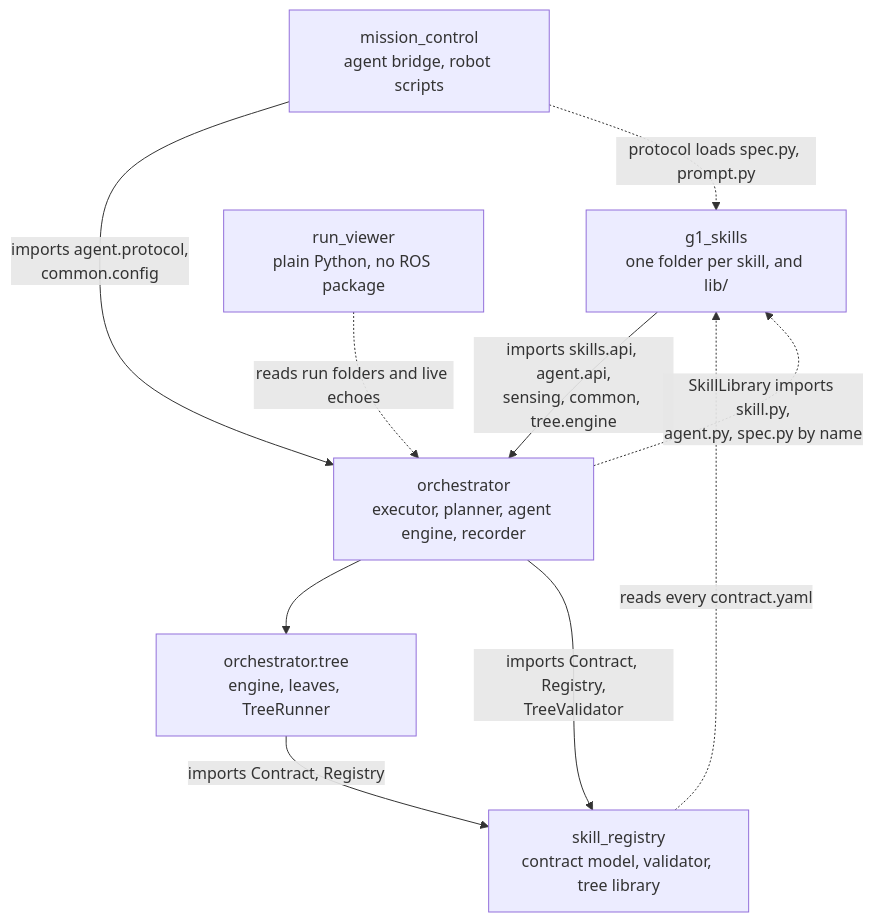
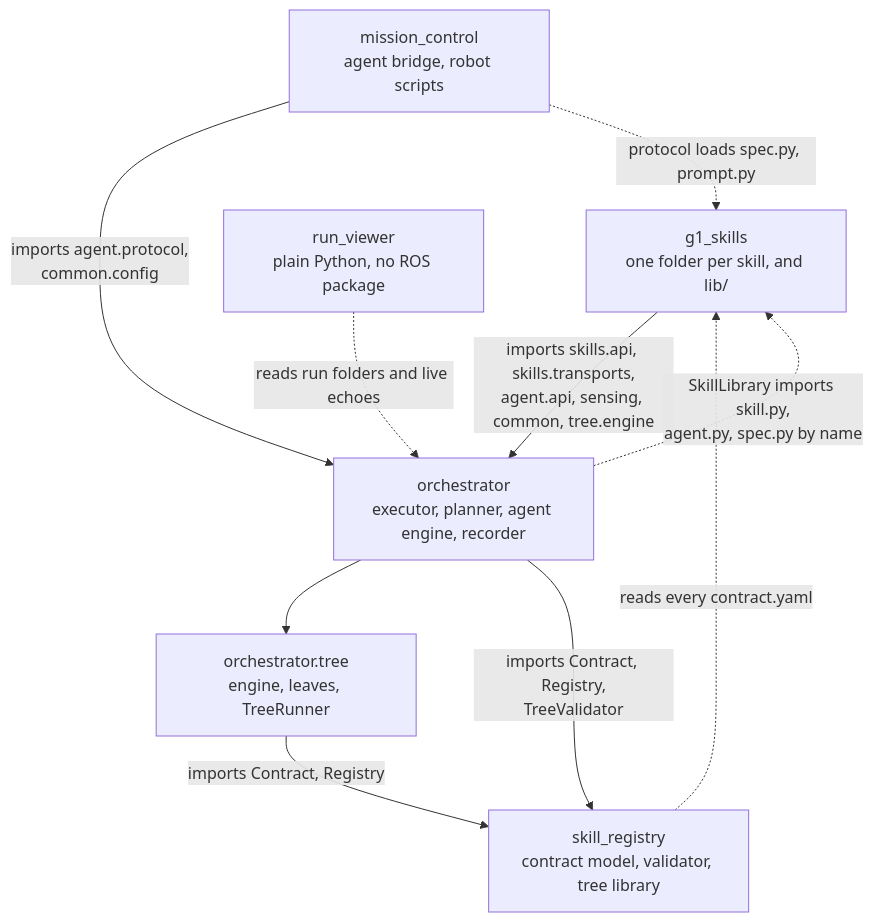
One commit to EigenVectorRobotics/orchestrator changed the second of 4 diagrams in docs/design/system.md. Above: the diagram before and after it, drawn with Mermaid. The commit also changed other lines of this file and 73 other files, not shown here.

````diff
--- a/docs/design/system.md
+++ b/docs/design/system.md
@@ -54,18 +54,18 @@
 ```mermaid
 flowchart TB
   G1["g1_skills<br/>one folder per skill, and lib/"]
   ORC["orchestrator<br/>executor, planner, agent engine, recorder"]
   TREE["orchestrator.tree<br/>engine, leaves, TreeRunner"]
   SR["skill_registry<br/>contract model, validator, tree library"]
   MC["mission_control<br/>agent bridge, robot scripts"]
   RVW["run_viewer<br/>plain Python, no ROS package"]
-  G1 -->|"imports skills.api, agent.api,<br/>sensing, common, tree.engine"| ORC
+  G1 -->|"imports skills.api, skills.transports,<br/>agent.api, sensing, common, tree.engine"| ORC
   ORC --> TREE
   ORC -->|"imports Contract, Registry,<br/>TreeValidator"| SR
   TREE -->|"imports Contract, Registry"| SR
   SR -.->|"reads every contract.yaml"| G1
   ORC -.->|"SkillLibrary imports skill.py,<br/>agent.py, spec.py by name"| G1
   MC -->|"imports agent.protocol,<br/>common.config"| ORC
   MC -.->|"protocol loads spec.py, prompt.py"| G1
   RVW -.->|"reads run folders and live echoes"| ORC
 ```
````
